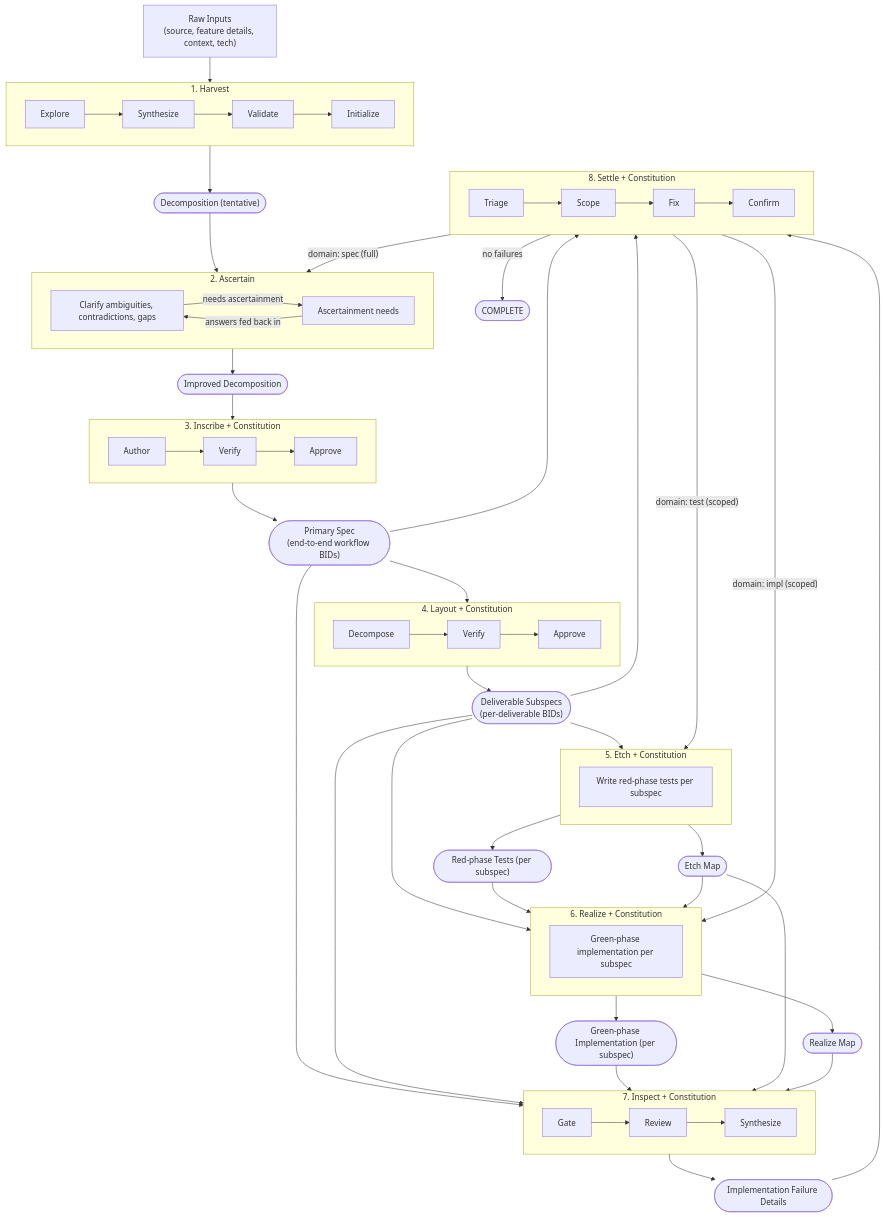
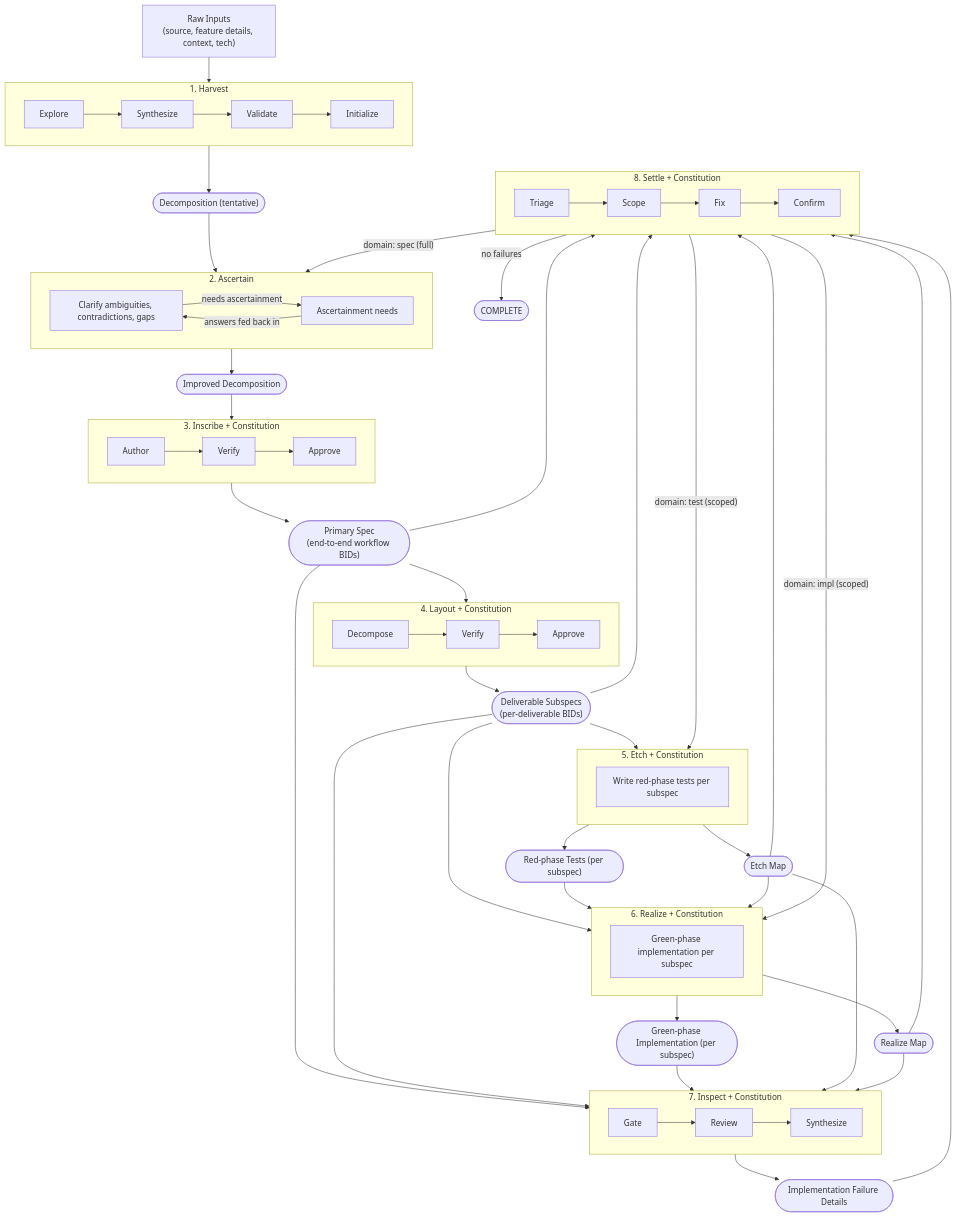
The fourth of 5 diagrams in docs/diagrams/diagrams.md (v0idbit/haileris), drawn with Mermaid before and after one commit. The commit also changed other lines of this file and 10 other files, not shown here.

````diff
--- a/docs/diagrams/diagrams.md
+++ b/docs/diagrams/diagrams.md
@@ -150,76 +151,78 @@
 ```mermaid
 flowchart TD
     RAW["Raw Inputs<br>(source, feature details, context, tech)"]
 
     RAW --> H
 
     subgraph H["1. Harvest"]
         H_E["Explore"] --> H_S["Synthesize"] --> H_V["Validate"] --> H_I["Initialize"]
     end
 
     H --> DEC(["Decomposition (tentative)"])
     DEC --> A
 
     subgraph A["2. Ascertain"]
         A_P["Clarify ambiguities, contradictions, gaps"]
         A_P -->|needs ascertainment| A_OUT_Q["Ascertainment needs"]
         A_OUT_Q -->|answers fed back in| A_P
     end
 
     A --> ID(["Improved Decomposition"])
     ID --> I
 
     subgraph I["3. Inscribe + Constitution"]
         I_A["Author"] --> I_V["Verify"] --> I_AP["Approve"]
     end
 
     I --> PS2(["Primary Spec<br>(end-to-end workflow BIDs)"])
     PS2 --> L
 
     subgraph L["4. Layout + Constitution"]
         L_D["Decompose"] --> L_V["Verify"] --> L_AP["Approve"]
     end
 
     L --> CS2(["Deliverable Subspecs<br>(per-deliverable BIDs)"])
     CS2 --> E
 
     subgraph E["5. Etch + Constitution"]
         E_P["Write red-phase tests per subspec"]
     end
 
     E --> RT(["Red-phase Tests (per subspec)"])
     E --> ETM2(["Etch Map"])
     CS2 --> R
     RT --> R
     ETM2 --> R
 
     subgraph R["6. Realize + Constitution"]
         R_P["Green-phase implementation per subspec"]
     end
 
     R --> GI(["Green-phase Implementation (per subspec)"])
     R --> RM2(["Realize Map"])
     PS2 --> IN
     CS2 --> IN
     GI --> IN
     ETM2 --> IN
     RM2 --> IN
 
     subgraph IN["7. Inspect + Constitution"]
         IN_G["Gate"] --> IN_R["Review"] --> IN_S["Synthesize"]
     end
 
     IN --> IF(["Implementation Failure Details"])
     PS2 --> S
     CS2 --> S
     IF --> S
+    ETM2 --> S
+    RM2 --> S
 
     subgraph S["8. Settle + Constitution"]
         S_T["Triage"] --> S_SC["Scope"] --> S_F["Fix"] --> S_C["Confirm"]
     end
 
     S -->|"domain: spec (full)"| A
     S -->|"domain: test (scoped)"| E
     S -->|"domain: impl (scoped)"| R
     S -->|no failures| DONE(["COMPLETE"])
 ```
````
